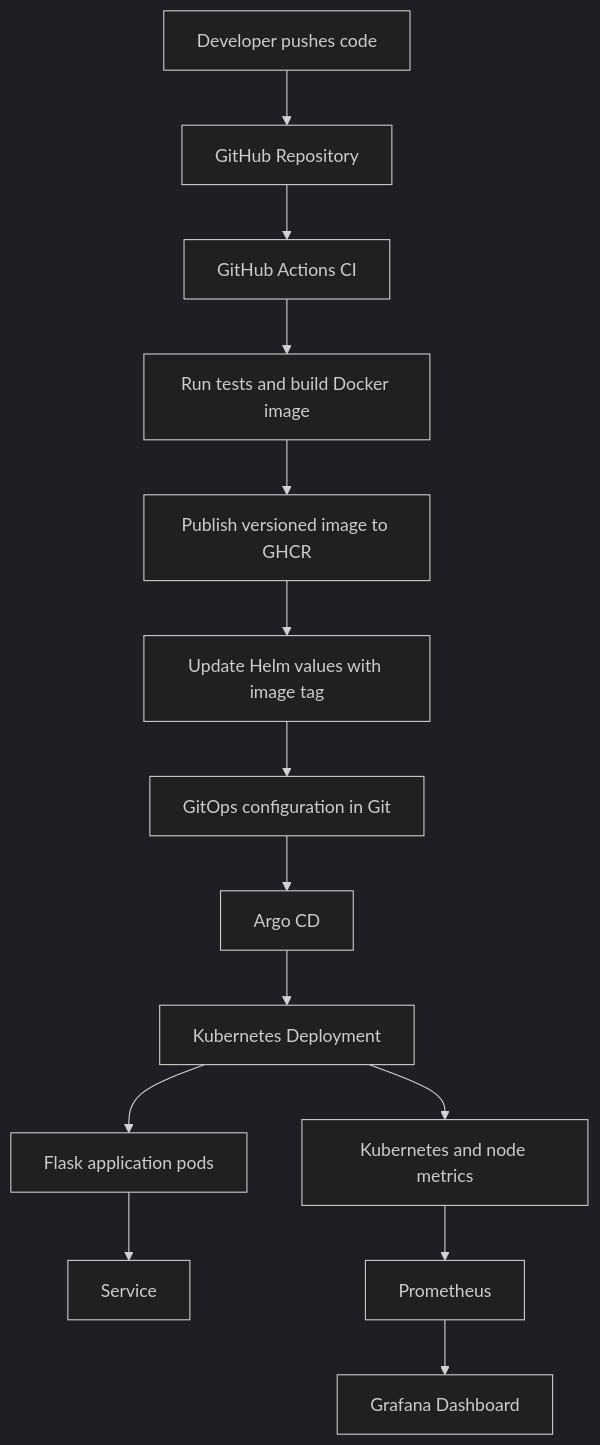
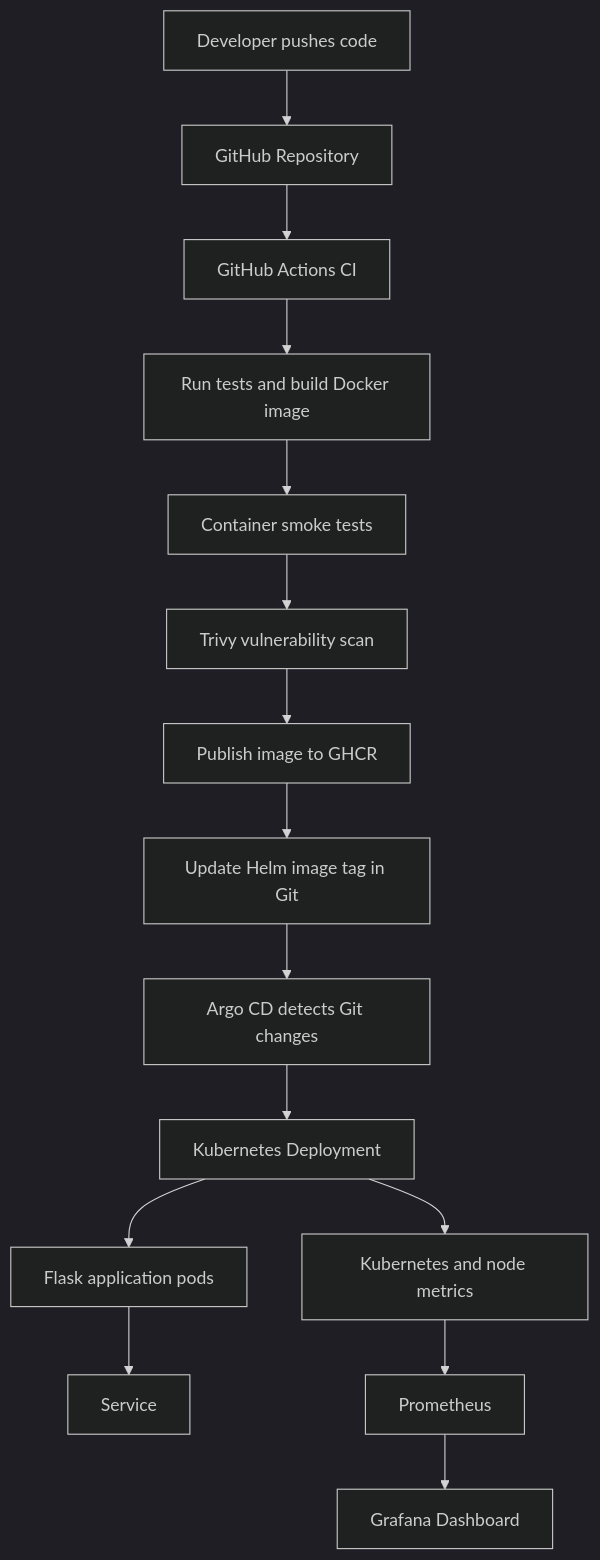
One commit to ronnie5d123/gitops-k8s-platform changed the diagram in README.md. Above: the diagram before and after it, drawn with Mermaid (dark theme). The commit also changed other lines of this file, not shown here.

````diff
--- a/README.md
+++ b/README.md
@@ -13,16 +13,17 @@
 ```mermaid
 flowchart TD
     A[Developer pushes code] --> B[GitHub Repository]
     B --> C[GitHub Actions CI]
     C --> D[Run tests and build Docker image]
-    D --> E[Publish versioned image to GHCR]
-    E --> F[Update Helm values with image tag]
-    F --> G[GitOps configuration in Git]
-    G --> H[Argo CD]
-    H --> I[Kubernetes Deployment]
-    I --> J[Flask application pods]
-    J --> K[Service]
-    L[Prometheus] --> M[Grafana Dashboard]
-    N[Kubernetes and node metrics] --> L
-    I --> N
+    D --> E[Container smoke tests]
+    E --> F[Trivy vulnerability scan]
+    F --> G[Publish image to GHCR]
+    G --> H[Update Helm image tag in Git]
+    H --> I[Argo CD detects Git changes]
+    I --> J[Kubernetes Deployment]
+    J --> K[Flask application pods]
+    K --> L[Service]
+    J --> M[Kubernetes and node metrics]
+    M --> N[Prometheus]
+    N --> O[Grafana Dashboard]
 ```
````
